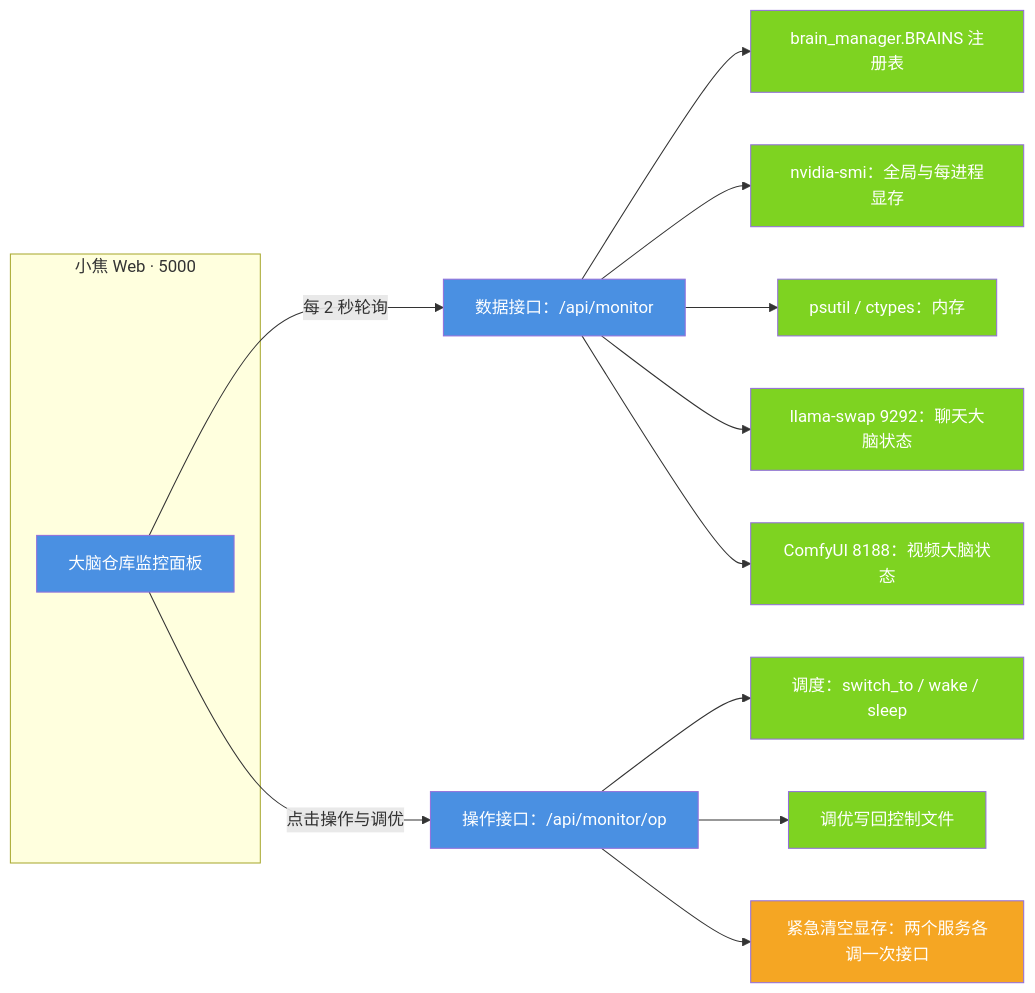
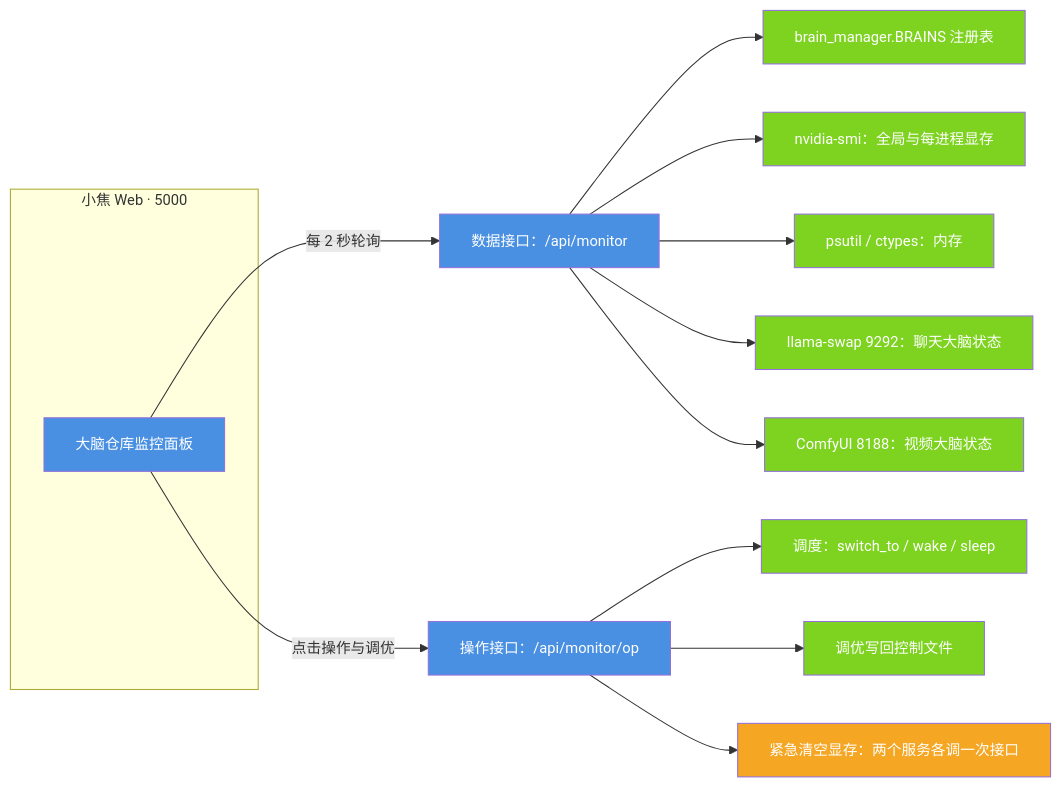
Before and after one commit to jiangchuangege/xiaojiao-harnees: the diagram in docs/monitor.md, drawn with Mermaid. The commit also changed 30 other files, not shown here.

First line of the commit message:
﻿全仓 Mermaid 图统一 + 对比表与 License 修正

````diff
--- a/docs/monitor.md
+++ b/docs/monitor.md
@@ -53,27 +53,28 @@
 ```mermaid
 flowchart LR
+%%{init: {"themeVariables": {"fontSize": "14px"}, "flowchart": {"htmlLabels": true, "wrappingWidth": 340, "nodeSpacing": 46, "rankSpacing": 64, "useMaxWidth": true}}}%%
     subgraph XJ["小焦 Web · 5000"]
         A["大脑仓库监控面板"]
     end
     A -->|"每 2 秒轮询"| B["数据接口：/api/monitor"]
     A -->|"点击操作与调优"| O["操作接口：/api/monitor/op"]
     B --> C["brain_manager.BRAINS 注册表"]
     B --> D["nvidia-smi：全局与每进程显存"]
     B --> E["psutil / ctypes：内存"]
     B --> F["llama-swap 9292：聊天大脑状态"]
     B --> G["ComfyUI 8188：视频大脑状态"]
     O --> H["调度：switch_to / wake / sleep"]
     O --> I["调优写回控制文件"]
     O --> J["紧急清空显存：两个服务各调一次接口"]
     style A fill:#4A90E2,color:#fff
     style B fill:#4A90E2,color:#fff
     style O fill:#4A90E2,color:#fff
     style C fill:#7ED321,color:#fff
     style D fill:#7ED321,color:#fff
     style E fill:#7ED321,color:#fff
     style F fill:#7ED321,color:#fff
     style G fill:#7ED321,color:#fff
     style H fill:#7ED321,color:#fff
     style I fill:#7ED321,color:#fff
     style J fill:#F5A623,color:#fff
 ```
````
